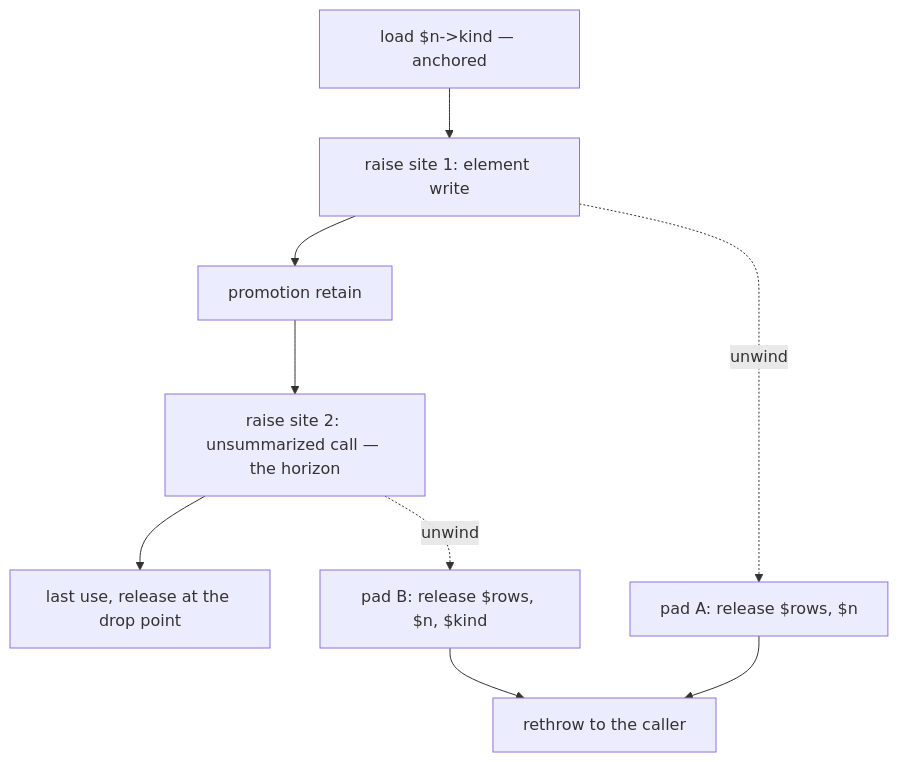
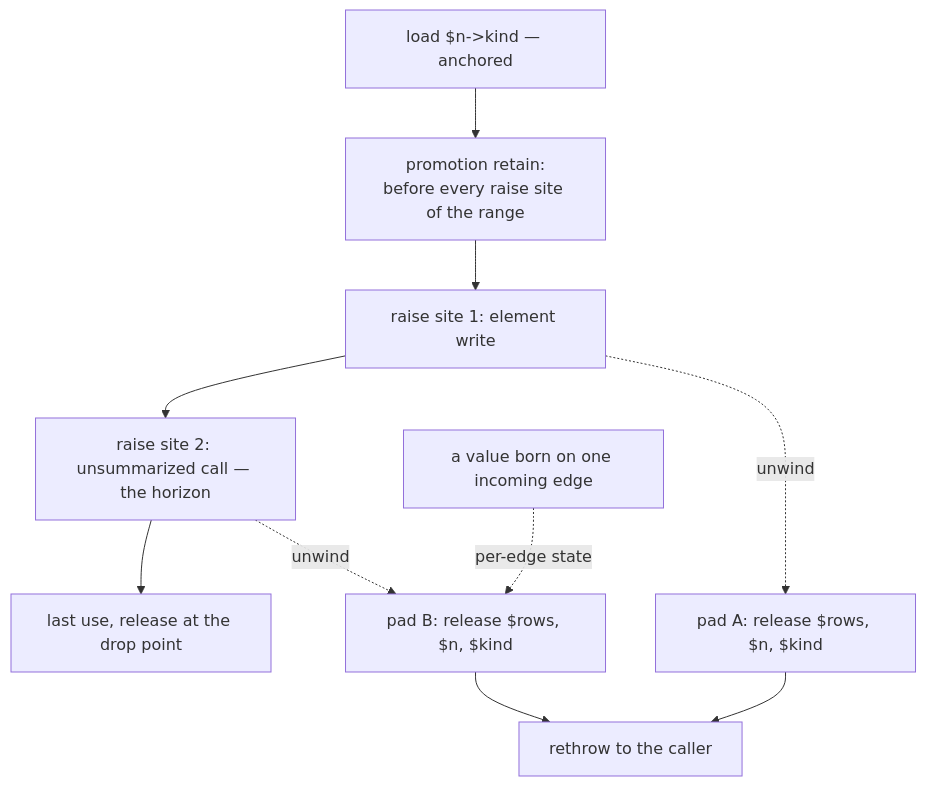
One commit to limelight-lang/rfc changed the diagram in model/gc/gc-horizon-cases/unwind.md. Above: the diagram before and after it, drawn with Mermaid. The commit also changed other lines of this file and 16 other files, not shown here.

````diff
--- a/model/gc/gc-horizon-cases/unwind.md
+++ b/model/gc/gc-horizon-cases/unwind.md
@@ -137,11 +160,12 @@
 ```mermaid
 flowchart TD
-    L["load $n->kind — anchored"] --> R1["raise site 1: element write"]
-    R1 --> P["promotion retain"]
-    P --> R2["raise site 2: unsummarized call — the horizon"]
+    L["load $n-&gt;kind — anchored"] --> P["promotion retain:<br/>before every raise site of the range"]
+    P --> R1["raise site 1: element write"]
+    R1 --> R2["raise site 2: unsummarized call — the horizon"]
     R2 --> U["last use, release at the drop point"]
-    R1 -. unwind .-> PA["pad A: release $rows, $n"]
+    R1 -. unwind .-> PA["pad A: release $rows, $n, $kind"]
     R2 -. unwind .-> PB["pad B: release $rows, $n, $kind"]
     PA --> X["rethrow to the caller"]
     PB --> X
+    E["a value born on one incoming edge"] -. "per-edge state" .-> PB
 ```
````
